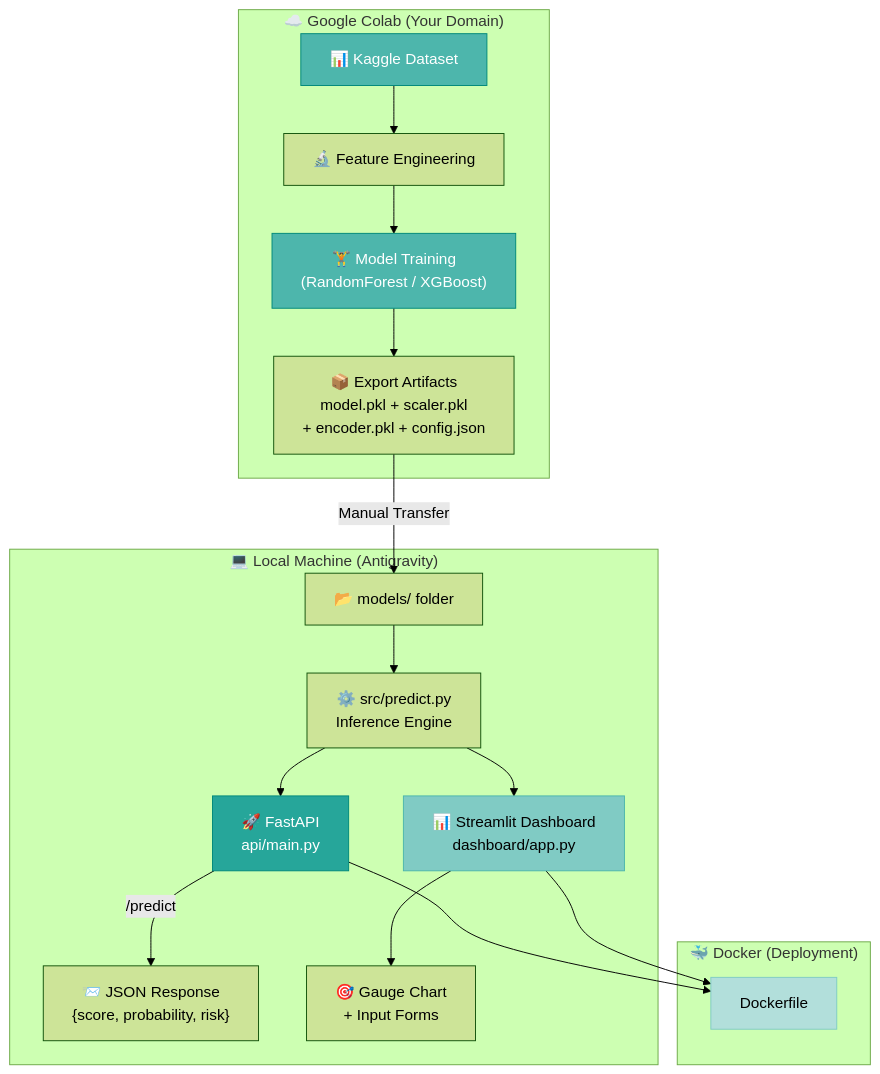
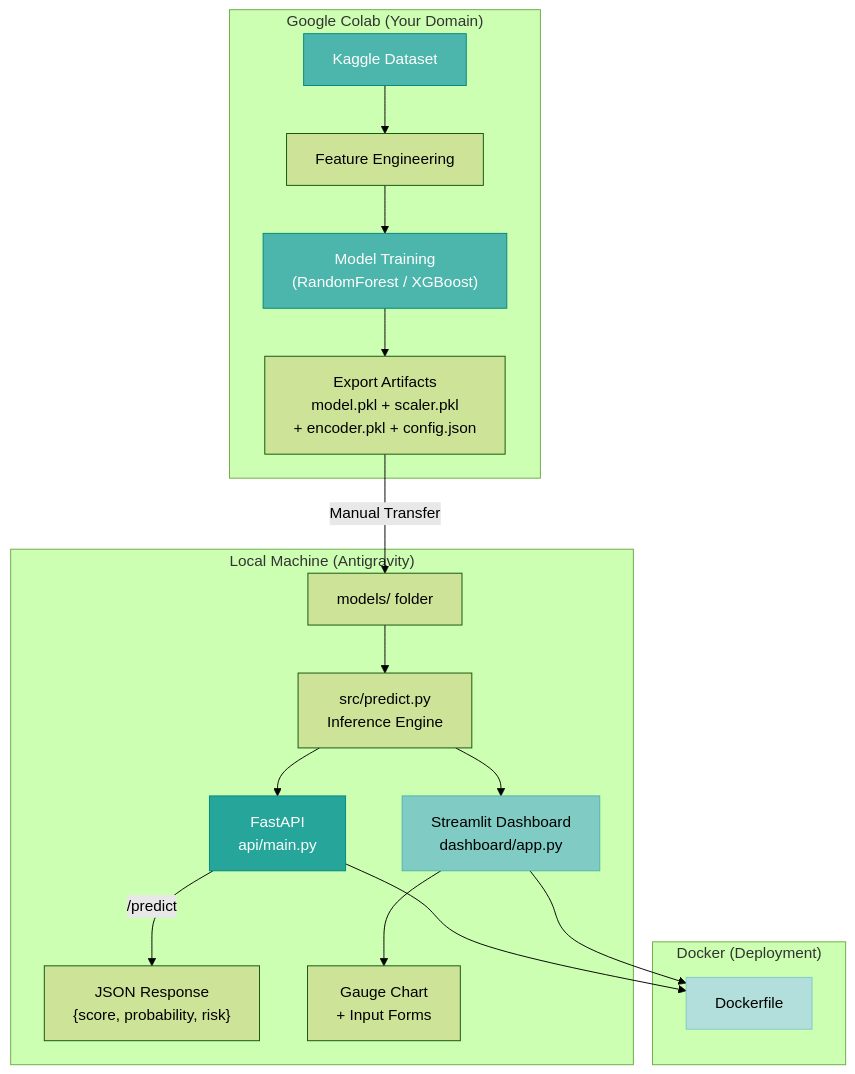
One commit to MaryamCodeHub/Credit-Scoring-Model changed the first of 2 diagrams in DEVELOPMENT_PLAN.md. Above: the diagram before and after it, drawn with Mermaid (forest theme). The commit also changed other lines of this file, not shown here.

````diff
--- a/DEVELOPMENT_PLAN.md
+++ b/DEVELOPMENT_PLAN.md
@@ -211,30 +211,30 @@
 ```mermaid
 graph TB
-    subgraph "☁️ Google Colab (Your Domain)"
-        A["📊 Kaggle Dataset"] --> B["🔬 Feature Engineering"]
-        B --> C["🏋️ Model Training<br/>(RandomForest / XGBoost)"]
-        C --> D["📦 Export Artifacts<br/>model.pkl + scaler.pkl<br/>+ encoder.pkl + config.json"]
+    subgraph " Google Colab (Your Domain)"
+        A["Kaggle Dataset"] --> B[" Feature Engineering"]
+        B --> C[" Model Training<br/>(RandomForest / XGBoost)"]
+        C --> D[" Export Artifacts<br/>model.pkl + scaler.pkl<br/>+ encoder.pkl + config.json"]
     end
 
-    subgraph "💻 Local Machine (Antigravity)"
-        D --> |"Manual Transfer"| E["📂 models/ folder"]
-        E --> F["⚙️ src/predict.py<br/>Inference Engine"]
+    subgraph " Local Machine (Antigravity)"
+        D --> |"Manual Transfer"| E[" models/ folder"]
+        E --> F[" src/predict.py<br/>Inference Engine"]
 
-        F --> G["🚀 FastAPI<br/>api/main.py"]
-        G --> |"/predict"| H["📨 JSON Response<br/>{score, probability, risk}"]
+        F --> G[" FastAPI<br/>api/main.py"]
+        G --> |"/predict"| H[" JSON Response<br/>{score, probability, risk}"]
 
-        F --> I["📊 Streamlit Dashboard<br/>dashboard/app.py"]
-        I --> J["🎯 Gauge Chart<br/>+ Input Forms"]
+        F --> I[" Streamlit Dashboard<br/>dashboard/app.py"]
+        I --> J[" Gauge Chart<br/>+ Input Forms"]
     end
 
-    subgraph "🐳 Docker (Deployment)"
+    subgraph " Docker (Deployment)"
         G --> K["Dockerfile"]
         I --> K
     end
 
     style A fill:#4DB6AC,stroke:#00897B,color:#fff
     style C fill:#4DB6AC,stroke:#00897B,color:#fff
     style G fill:#26A69A,stroke:#00897B,color:#fff
     style I fill:#80CBC4,stroke:#4DB6AC,color:#000
     style K fill:#B2DFDB,stroke:#80CBC4,color:#000
 ```
````
